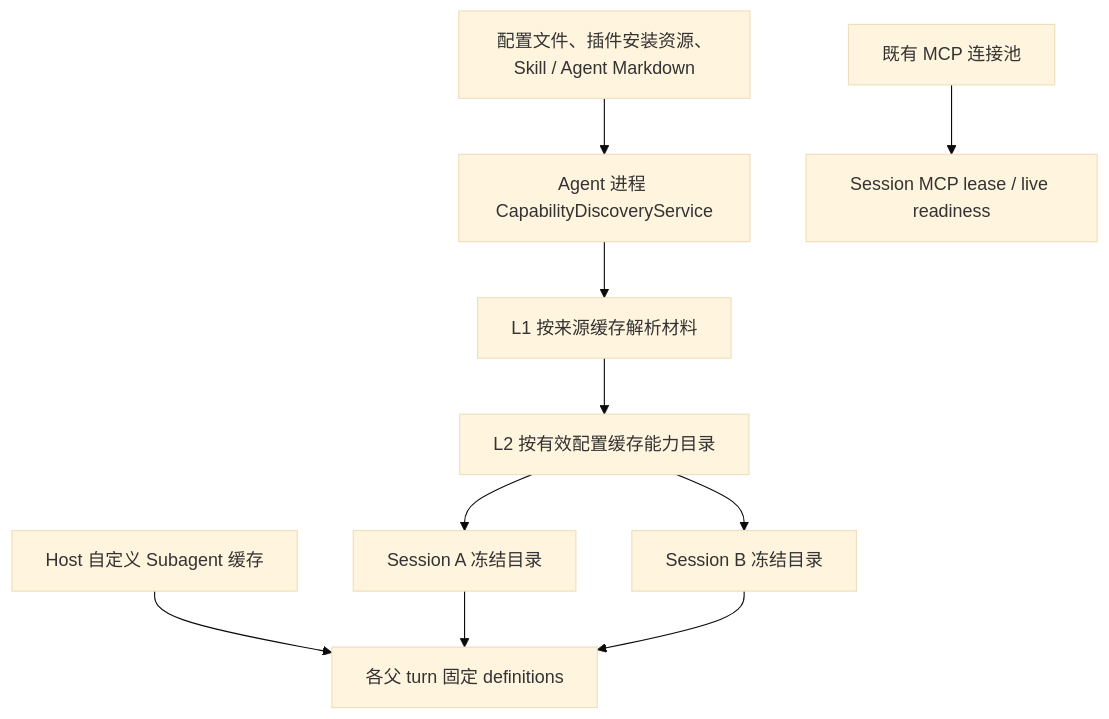
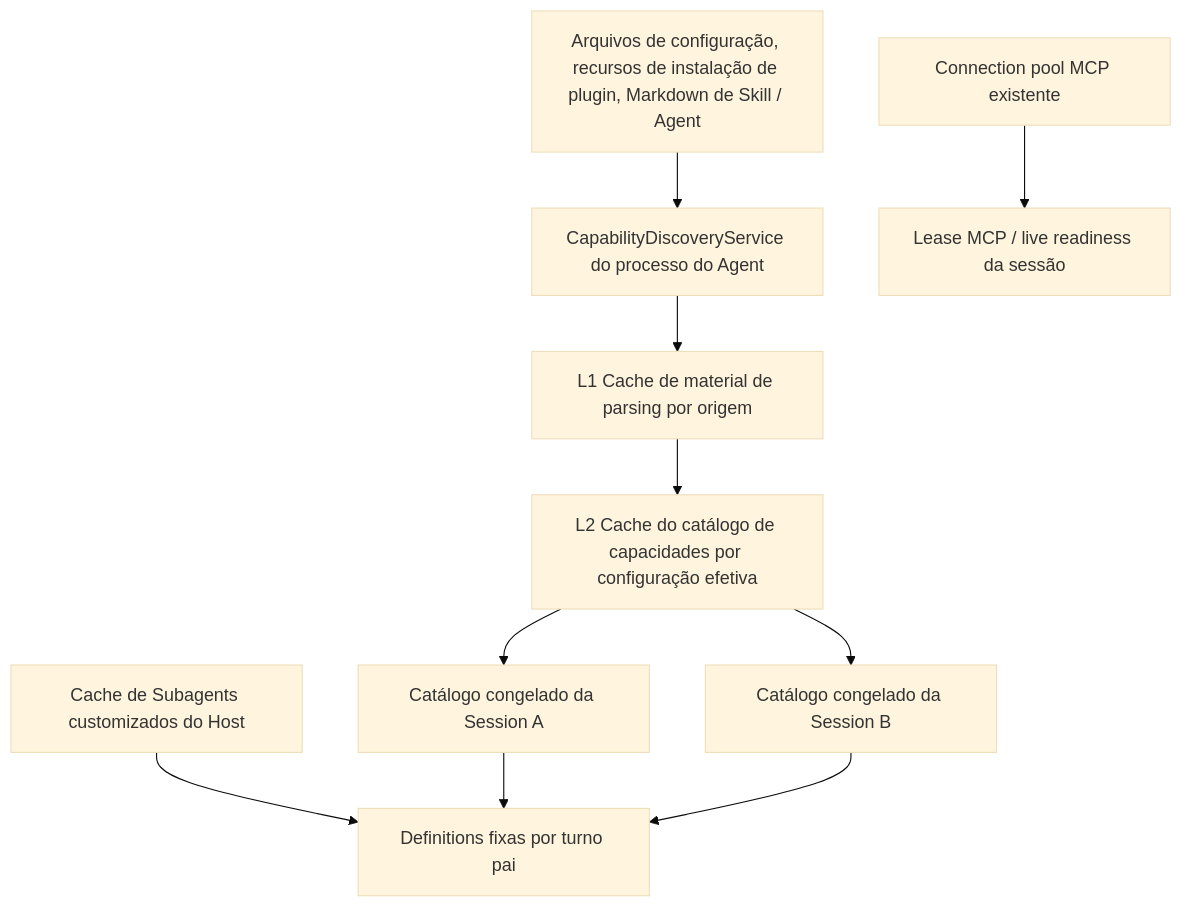
The first of 2 diagrams in docs/workspace-capability-discovery-cache.md (JoaoNetoDev/BR-Code), drawn with Mermaid (base theme) before and after one commit. The commit also changed other lines of this file and 177 other files, not shown here.

````diff
--- a/docs/workspace-capability-discovery-cache.md
+++ b/docs/workspace-capability-discovery-cache.md
@@ -42,12 +42,12 @@
 ```mermaid
 flowchart TB
-    F[配置文件、插件安装资源、Skill / Agent Markdown] --> S[Agent 进程 CapabilityDiscoveryService]
-    S --> L1[L1 按来源缓存解析材料]
-    L1 --> L2[L2 按有效配置缓存能力目录]
-    L2 --> A[Session A 冻结目录]
-    L2 --> B[Session B 冻结目录]
-    H[Host 自定义 Subagent 缓存] --> T[各父 turn 固定 definitions]
+    F[Arquivos de configuração, recursos de instalação de plugin, Markdown de Skill / Agent] --> S[CapabilityDiscoveryService do processo do Agent]
+    S --> L1[L1 Cache de material de parsing por origem]
+    L1 --> L2[L2 Cache do catálogo de capacidades por configuração efetiva]
+    L2 --> A[Catálogo congelado da Session A]
+    L2 --> B[Catálogo congelado da Session B]
+    H[Cache de Subagents customizados do Host] --> T[Definitions fixas por turno pai]
     A --> T
     B --> T
-    P[既有 MCP 连接池] --> M[Session MCP lease / live readiness]
+    P[Connection pool MCP existente] --> M[Lease MCP / live readiness da sessão]
 ```
````
